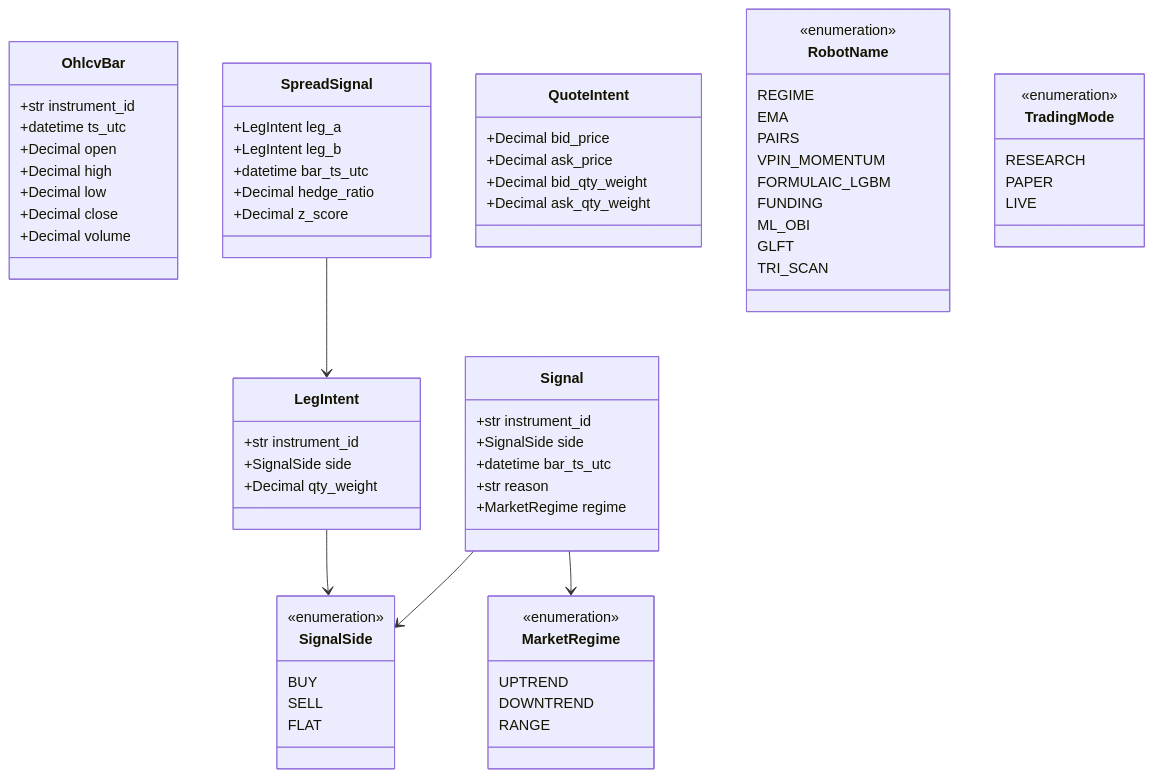
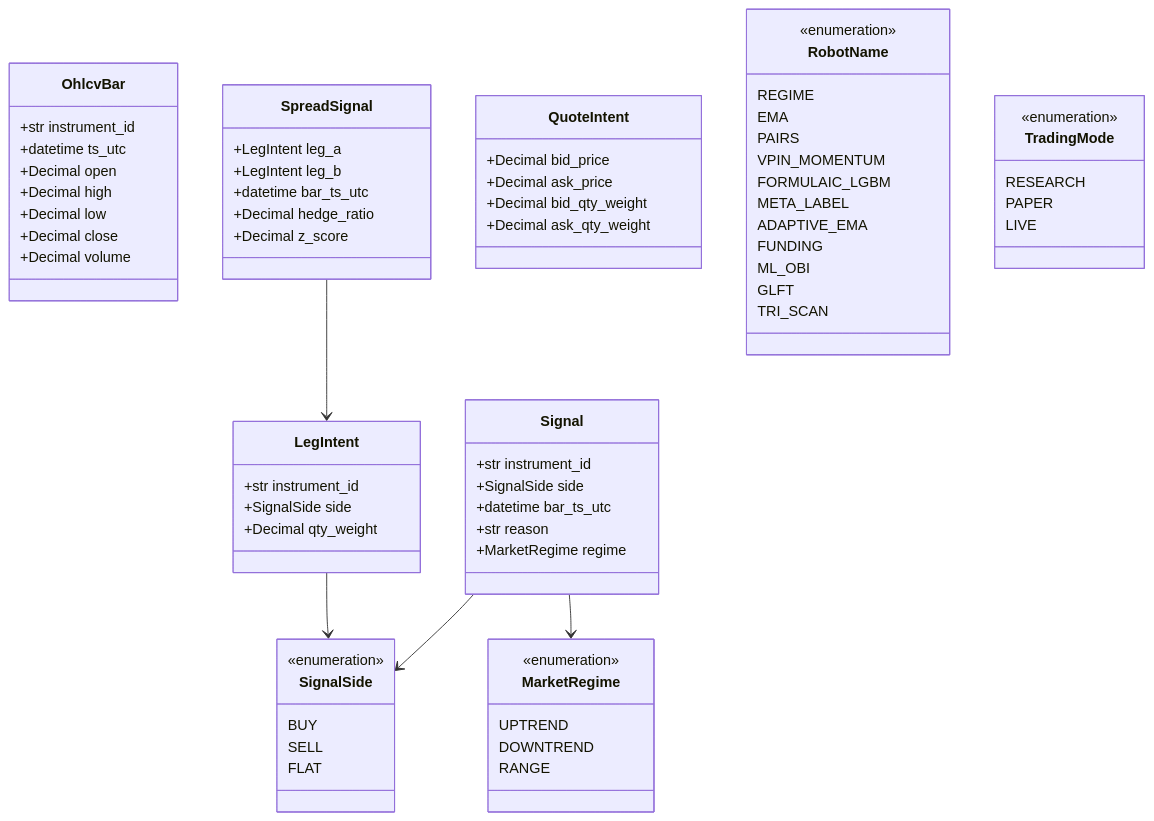
One commit to VolodymyrDominion12/nautilus-lab changed the first of 5 diagrams in docs/uml/03-class.md. Above: the diagram before and after it, drawn with Mermaid. The commit also changed other lines of this file and 30 other files, not shown here.

````diff
--- a/docs/uml/03-class.md
+++ b/docs/uml/03-class.md
@@ -7,80 +7,82 @@
 ```mermaid
 classDiagram
     class OhlcvBar {
         +str instrument_id
         +datetime ts_utc
         +Decimal open
         +Decimal high
         +Decimal low
         +Decimal close
         +Decimal volume
     }
 
     class SignalSide {
         <<enumeration>>
         BUY
         SELL
         FLAT
     }
 
     class Signal {
         +str instrument_id
         +SignalSide side
         +datetime bar_ts_utc
         +str reason
         +MarketRegime regime
     }
 
     class LegIntent {
         +str instrument_id
         +SignalSide side
         +Decimal qty_weight
     }
 
     class SpreadSignal {
         +LegIntent leg_a
         +LegIntent leg_b
         +datetime bar_ts_utc
         +Decimal hedge_ratio
         +Decimal z_score
     }
 
     class QuoteIntent {
         +Decimal bid_price
         +Decimal ask_price
         +Decimal bid_qty_weight
         +Decimal ask_qty_weight
     }
 
     Signal --> SignalSide
     SpreadSignal --> LegIntent
     LegIntent --> SignalSide
     Signal --> MarketRegime
 
     class MarketRegime {
         <<enumeration>>
         UPTREND
         DOWNTREND
         RANGE
     }
 
     class RobotName {
         <<enumeration>>
         REGIME
         EMA
         PAIRS
         VPIN_MOMENTUM
         FORMULAIC_LGBM
+        META_LABEL
+        ADAPTIVE_EMA
         FUNDING
         ML_OBI
         GLFT
         TRI_SCAN
     }
 
     class TradingMode {
         <<enumeration>>
         RESEARCH
         PAPER
         LIVE
     }
 ```
````
